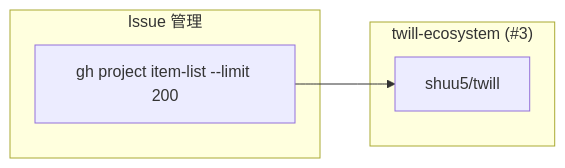
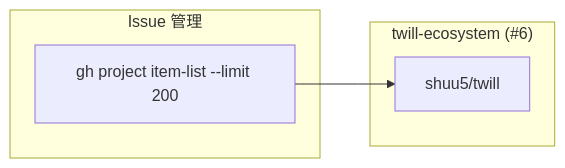
One commit to shuu5/twill changed the third of 3 diagrams in plugins/twl/architecture/domain/contexts/project-mgmt.md. Above: the diagram before and after it, drawn with Mermaid. The commit also changed 5 other files, not shown here.

First line of the commit message:
docs(architecture): Project Board番号修正(#3→#6) + Bug再現シナリオ概念追加

````diff
--- a/plugins/twl/architecture/domain/contexts/project-mgmt.md
+++ b/plugins/twl/architecture/domain/contexts/project-mgmt.md
@@ -83,11 +83,11 @@
 ```mermaid
 flowchart LR
-    subgraph "twill-ecosystem (#3)"
+    subgraph "twill-ecosystem (#6)"
         TWILL["shuu5/twill"]
     end
 
     subgraph "Issue 管理"
         GH["gh project item-list --limit 200"]
         GH --> TWILL
     end
 ```
````
